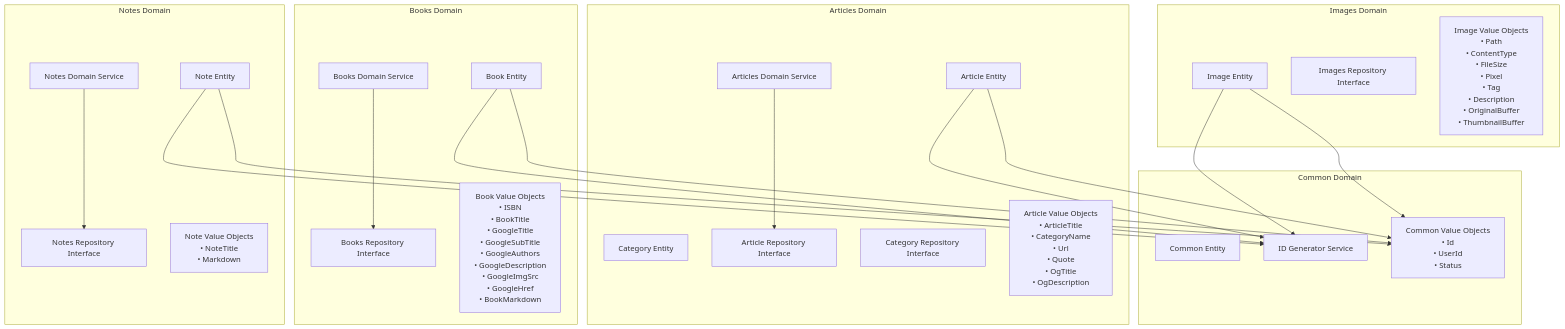
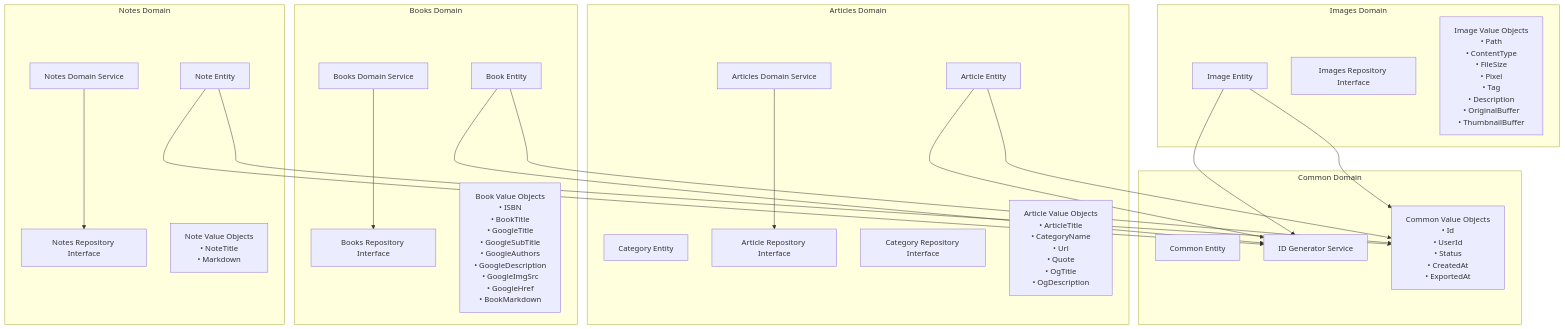
One commit to s-hirano-ist/s-private changed the second of 4 diagrams in docs/domain-model.md. Above: the diagram before and after it, drawn with Mermaid. The commit also changed other lines of this file and 3 other files, not shown here.

````diff
--- a/docs/domain-model.md
+++ b/docs/domain-model.md
@@ -99,52 +115,52 @@
 ```mermaid
 graph TB
     subgraph "Common Domain"
         CommonEntity[Common Entity]
         IdGenerator[ID Generator Service]
-        CommonTypes[Common Value Objects<br/>• Id<br/>• UserId<br/>• Status]
+        CommonTypes[Common Value Objects<br/>• Id<br/>• UserId<br/>• Status<br/>• CreatedAt<br/>• ExportedAt]
     end
 
     subgraph "Articles Domain"
         ArticleEntity[Article Entity]
         CategoryEntity[Category Entity]
         ArticleRepo[Article Repository Interface]
         CategoryRepo[Category Repository Interface]
         ArticleService[Articles Domain Service]
         ArticleTypes[Article Value Objects<br/>• ArticleTitle<br/>• CategoryName<br/>• Url<br/>• Quote<br/>• OgTitle<br/>• OgDescription]
     end
 
     subgraph "Books Domain"
         BookEntity[Book Entity]
         BookRepo[Books Repository Interface]
         BookService[Books Domain Service]
         BookTypes[Book Value Objects<br/>• ISBN<br/>• BookTitle<br/>• GoogleTitle<br/>• GoogleSubTitle<br/>• GoogleAuthors<br/>• GoogleDescription<br/>• GoogleImgSrc<br/>• GoogleHref<br/>• BookMarkdown]
     end
 
     subgraph "Notes Domain"
         NoteEntity[Note Entity]
         NoteRepo[Notes Repository Interface]
         NoteService[Notes Domain Service]
         NoteTypes[Note Value Objects<br/>• NoteTitle<br/>• Markdown]
     end
 
     subgraph "Images Domain"
         ImageEntity[Image Entity]
         ImageRepo[Images Repository Interface]
         ImageTypes[Image Value Objects<br/>• Path<br/>• ContentType<br/>• FileSize<br/>• Pixel<br/>• Tag<br/>• Description<br/>• OriginalBuffer<br/>• ThumbnailBuffer]
     end
 
     %% Dependencies (all domains depend on Common)
     ArticleEntity --> CommonTypes
     BookEntity --> CommonTypes
     NoteEntity --> CommonTypes
     ImageEntity --> CommonTypes
     
     ArticleEntity --> IdGenerator
     BookEntity --> IdGenerator
     NoteEntity --> IdGenerator
     ImageEntity --> IdGenerator
 
     ArticleService --> ArticleRepo
     BookService --> BookRepo
     NoteService --> NoteRepo
 ```
````
